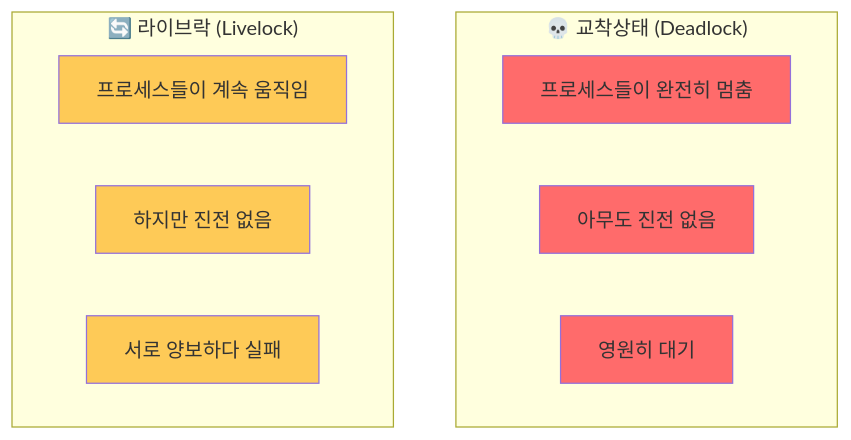
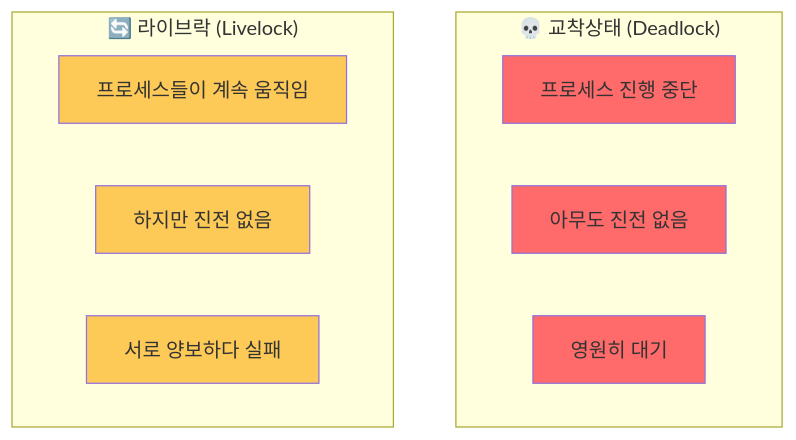
Before and after one commit to choisimo/document: the ninth of 31 diagrams in content/archive/legacy/OS/video/deadlock1.md, drawn with Mermaid. The commit also changed other lines of this file and 432 other files, not shown here.

````diff
--- a/content/archive/legacy/OS/video/deadlock1.md
+++ b/content/archive/legacy/OS/video/deadlock1.md
@@ -255,21 +255,21 @@
 ```mermaid
 graph TB
     subgraph "💀 교착상태 (Deadlock)"
-        D1[프로세스들이 완전히 멈춤]
+        D1[프로세스 진행 중단]
         D2[아무도 진전 없음]
         D3[영원히 대기]
     end
 
     subgraph "🔄 라이브락 (Livelock)"
         L1[프로세스들이 계속 움직임]
         L2[하지만 진전 없음]
         L3[서로 양보하다 실패]
     end
 
     style D1 fill:#ff6b6b
     style D2 fill:#ff6b6b
     style D3 fill:#ff6b6b
     style L1 fill:#feca57
     style L2 fill:#feca57
     style L3 fill:#feca57
 ```
````
